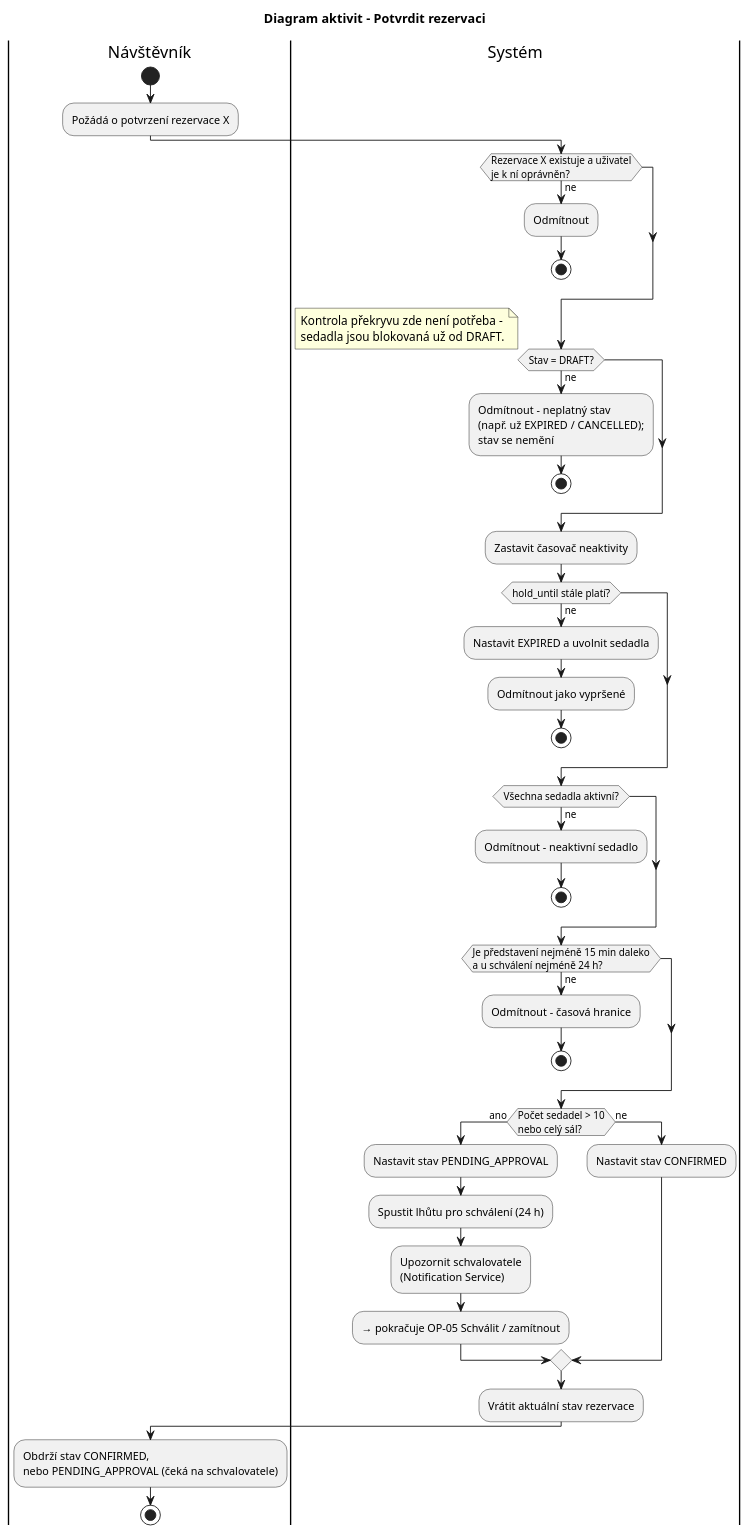
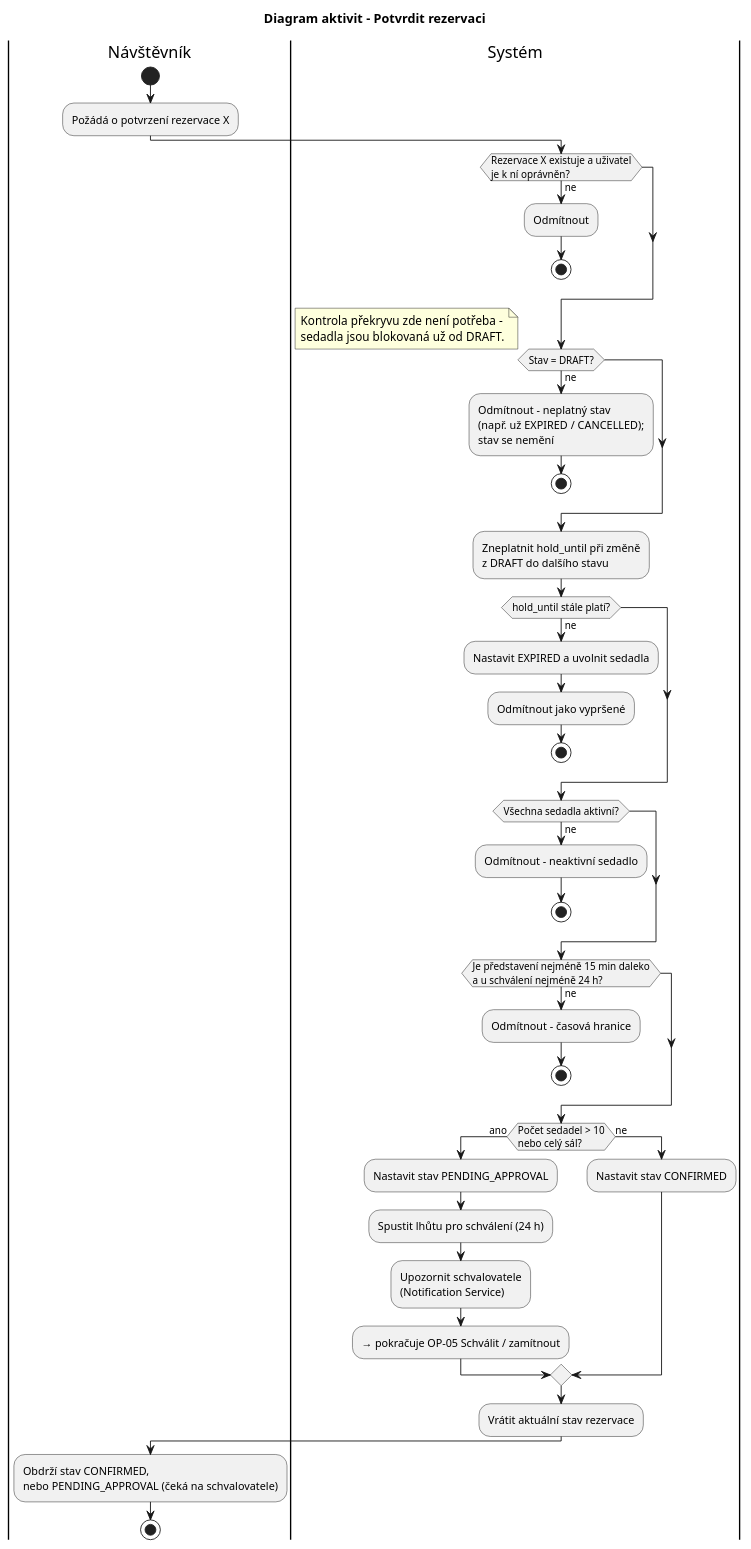
The diagram in docs/diagrams/c02/activity-op03-confirm.puml (jn-flk/SWI), drawn with PlantUML before and after one commit. The commit also changed 18 other files, not shown here.

```diff
--- a/docs/diagrams/c02/activity-op03-confirm.puml
+++ b/docs/diagrams/c02/activity-op03-confirm.puml
@@ -1,47 +1,47 @@
 @startuml
 title Diagram aktivit – Potvrdit rezervaci
 
 |Návštěvník|
 start
 :Požádá o potvrzení rezervace X;
 |Systém|
 if (Rezervace X existuje a uživatel\nje k ní oprávněn?) then (ne)
   :Odmítnout;
   stop
 endif
 if (Stav = DRAFT?) then (ne)
   :Odmítnout – neplatný stav\n(např. už EXPIRED / CANCELLED);\nstav se nemění;
   stop
 endif
 note right
   Kontrola překryvu zde není potřeba –
   sedadla jsou blokovaná už od DRAFT.
 end note
-:Zastavit časovač neaktivity;
+:Zneplatnit hold_until při změně\nz DRAFT do dalšího stavu;
 if (hold_until stále platí?) then (ne)
   :Nastavit EXPIRED a uvolnit sedadla;
   :Odmítnout jako vypršené;
   stop
 endif
 if (Všechna sedadla aktivní?) then (ne)
   :Odmítnout – neaktivní sedadlo;
   stop
 endif
 if (Je představení nejméně 15 min daleko\na u schválení nejméně 24 h?) then (ne)
   :Odmítnout – časová hranice;
   stop
 endif
 if (Počet sedadel > 10\nnebo celý sál?) then (ano)
   :Nastavit stav PENDING_APPROVAL;
   :Spustit lhůtu pro schválení (24 h);
   :Upozornit schvalovatele\n(Notification Service);
   :→ pokračuje OP-05 Schválit / zamítnout;
 else (ne)
   :Nastavit stav CONFIRMED;
 endif
 :Vrátit aktuální stav rezervace;
 |Návštěvník|
 :Obdrží stav CONFIRMED,
 nebo PENDING_APPROVAL (čeká na schvalovatele);
 stop
 @enduml
```
